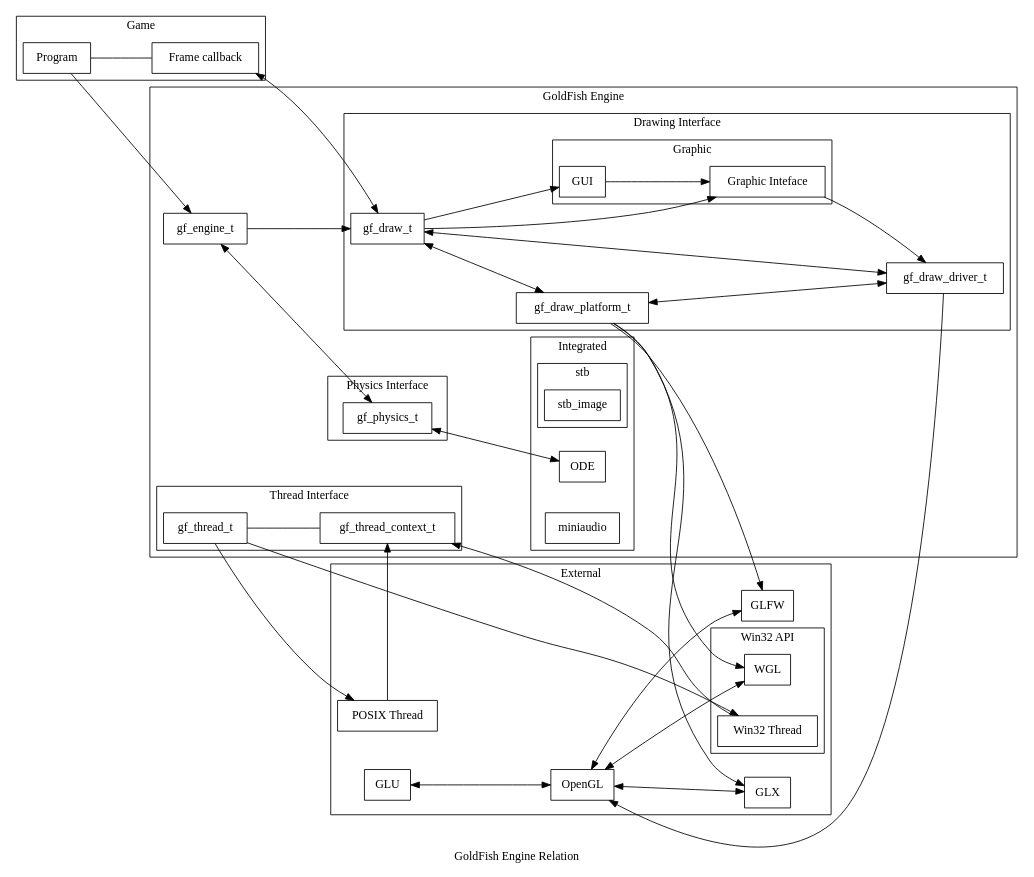
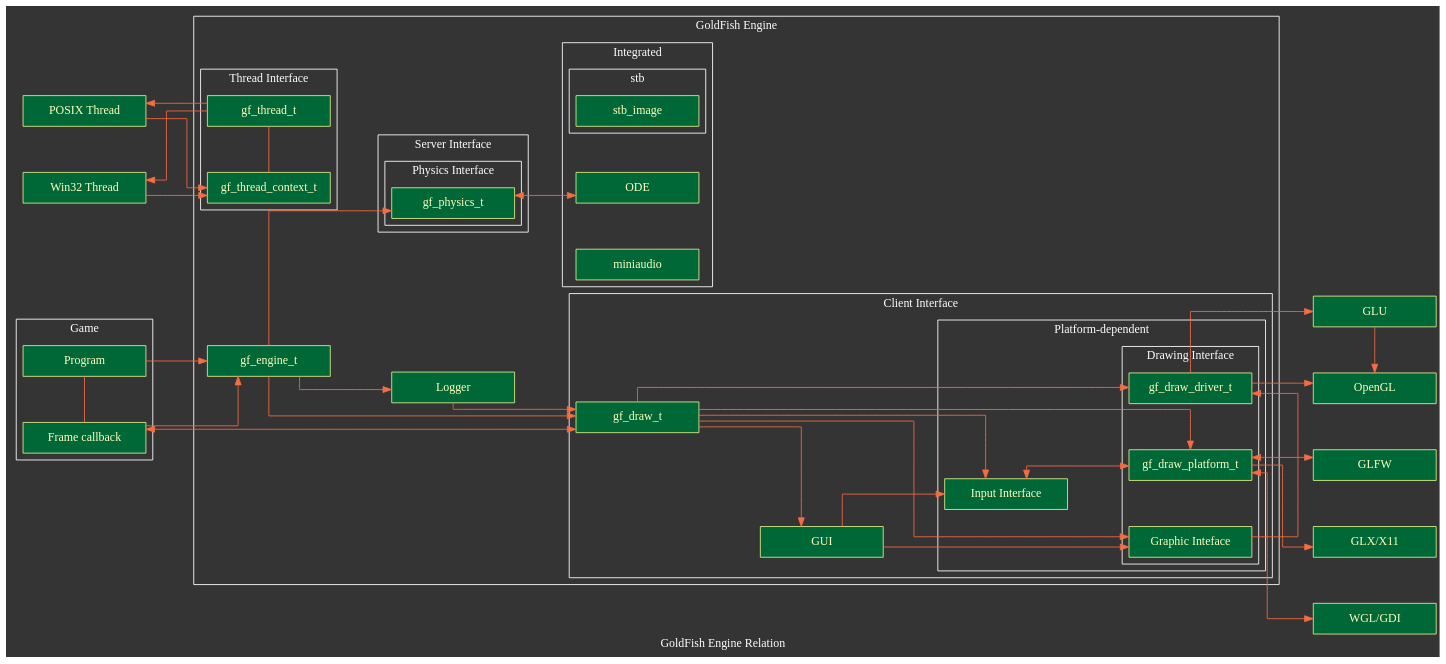
Before and after one commit to pyrite-dev/nishbox: the diagram in misc/relation.gv, drawn with Graphviz. The commit also changed 1 other file, not shown here.

```diff
--- a/misc/relation.gv
+++ b/misc/relation.gv
@@ -1,18 +1,62 @@
 digraph relation {
+	newrank = true;
+	splines = "ortho";
+	overlap = "vpsc";
 	graph [
+		rankdir = "LR",
 		label = "GoldFish Engine Relation",
-		rankdir = LR,
-		nodesep = 0.5,
-		ranksep = 1
+		nodesep = 0.75,
+		ranksep = 1,
 //		nodesep = 1.1,
-//		ranksep = 1.05
+//		ranksep = 1.05,
+		bgcolor = "#343434",
+		fontcolor = "white",
+		style = "solid",
+		color = "white"
 	];
 	node [
-		shape = box
+		shape = "box",
+		style = "solid,filled",
+		fixedsize = true,
+		width = "2",
+		height = "0.5",
+		colorscheme = "rdylgn11",
+		color = 7,
+		fillcolor = 11,
+		fontcolor = 6
+	];
+	edge [
+		colorscheme = "rdylgn11",
+		style = "solid",
+		fontcolor = "white",
+		color = 3
+	];
+
+	opengl [
+		label = "OpenGL"
+	];
+	glu [
+		label = "GLU"
+	];
+	glfw [
+		label = "GLFW"
+	];
+	glx [
+		label = "GLX/X11"
+	];
+	pthread [
+		label = "POSIX Thread"
+	];
+	win32thread [
+		label = "Win32 Thread"
+	];
+	wgl [
+		label = "WGL/GDI"
 	];
 
 	subgraph cluster_user {
 		label = "Game";
+		rank = "same";
 		up [
 			label = "Program"
 		];
@@ -26,34 +70,53 @@
 		gf [
 			label = "gf_engine_t"
 		];
-		subgraph cluster_drawing {
-			label = "Drawing Interface";
-			dd [
-				label = "gf_draw_driver_t"
-			];
-			dp [
-				label = "gf_draw_platform_t"
+		log [
+			label = "Logger"
+		];
+
+		subgraph cluster_client {
+			label = "Client Interface";
+			gui [
+				label = "GUI"
 			];
 			dt [
 				label = "gf_draw_t"
 			];
+			ii [
+				label = "Input Interface"
+			];
 
-			subgraph cluster_graphic {
-				label = "Graphic";
-				gi [
-					label = "Graphic Inteface"
+			subgraph cluster_cplatform {
+				label = "Platform-dependent";
+				ii [
+					label = "Input Interface"
 				];
-				gui [
-					label = "GUI"
-				];
+
+				subgraph cluster_drawing {
+					label = "Drawing Interface";
+					rank = "same";
+					dd [
+						label = "gf_draw_driver_t"
+					];
+					dp [
+						label = "gf_draw_platform_t"
+					];
+					gi [
+						label = "Graphic Inteface"
+					];
+				};
 			};
 		};
 
-		subgraph cluster_physics {
-			label = "Physics Interface";
-			pt [
-				label = "gf_physics_t"
-			];
+		subgraph cluster_server {
+			label = "Server Interface";
+
+			subgraph cluster_physics {
+				label = "Physics Interface";
+				pt [
+					label = "gf_physics_t"
+				];
+			};
 		};
 
 		subgraph cluster_thread {
@@ -68,6 +131,7 @@
 
 		subgraph cluster_integrated {
 			label = "Integrated";
+			rank = "same";
 			ode [
 				label = "ODE"
 			];
@@ -84,95 +148,91 @@
 		};
 	};
 
-	subgraph cluster_external {
-		label = "External";
-		pthread [
-			label = "POSIX Thread"
-		];
-		opengl [
-			label = "OpenGL"
-		];
-		glu [
-			label = "GLU"
-		];
-		glx [
-			label = "GLX"
-		];
-		glfw [
-			label = "GLFW"
-		];
+	// Game
+	up -> gf;
 
-		subgraph cluster_win32 {
-			label = "Win32 API";
-			win32thread [
-				label = "Win32 Thread"
-			];
-			wgl [
-				label = "WGL"
-			];
-		};
-	};
-
-	// Game
 	up -> uf [
-		dir = none
+		dir = "none"
 	];
 
-	up -> gf;
+	uf -> gf;
 
 	// Engine
 	gf -> dt;
 	
-	gf -> pt [
-		dir = both
+	gf -> pt;
+
+	gf -> log;
+
+	// Log
+	log -> dt;
+
+	// Drawing
+	dt -> {dd dp};
+
+	dt -> gi;
+
+	dt -> uf [
+		dir = "both"
 	];
 
-	// Drawing
-	dt -> dd [
-		dir = both
-	];
-	dt -> dp [
-		dir = both
+	dd -> {opengl glu};
+
+	dp -> glx;
+
+	dp -> {wgl glfw} [ // These APIs are callback-based
+		dir = "both"
 	];
 
-	dp -> dd [
-		dir = both
+	dt -> gui;
+
+	dt -> ii;
+
+	// Input
+	ii -> dp [
+		dir = "both"
 	];
 
-	dt -> uf [
-		dir = both
-	];
-
-	dd -> {opengl};
-
-	dp -> {glx wgl glfw};
-
 	// Graphic
-	dt -> gi;
-	dt -> gui;
 	gui -> gi;
+	gui -> ii;
 
 	gi -> dd;
 
-	// Physics
+	// Server
 	pt -> ode [
-		dir = both
+		dir = "both"
 	];
 
 	// Thread
-	tt -> tct [
-		dir = none
-	];
-
 	tt -> {pthread win32thread};
 	{pthread win32thread} -> tct;
 
-	// External
-	glu -> opengl [
-		dir = both
+	tct -> tt [
+		dir = "none"
 	];
 
-	opengl -> {glx wgl glfw} [
-		dir = both
-	];
+	// External
+	glu -> opengl;
+
+	// Rank
+	{
+		rank = "same";
+		glx; wgl; glfw;
+	};
+
+	{
+		rank = "same";
+		pthread; win32thread;
+	};
+
+	{
+		rank = "same";
+		tt; tct;
+	};
+
+	{
+		rank = "same";
+		opengl; glu;
+	};
 }
```
